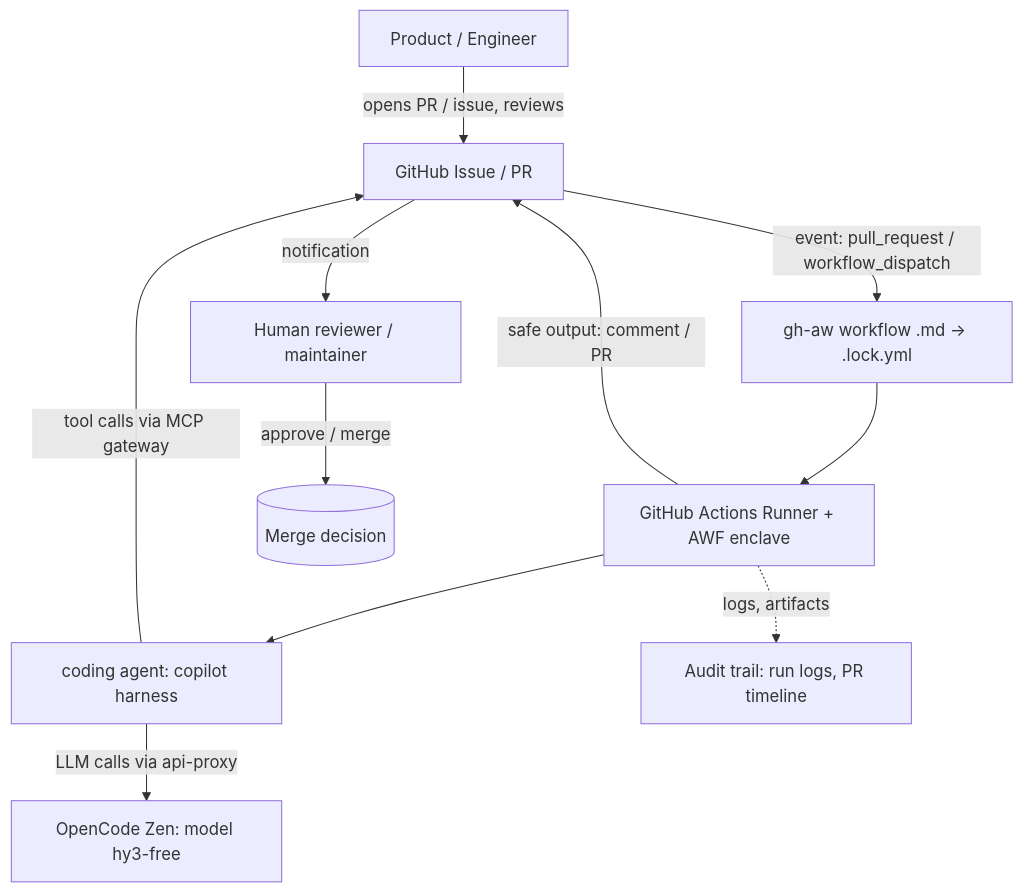
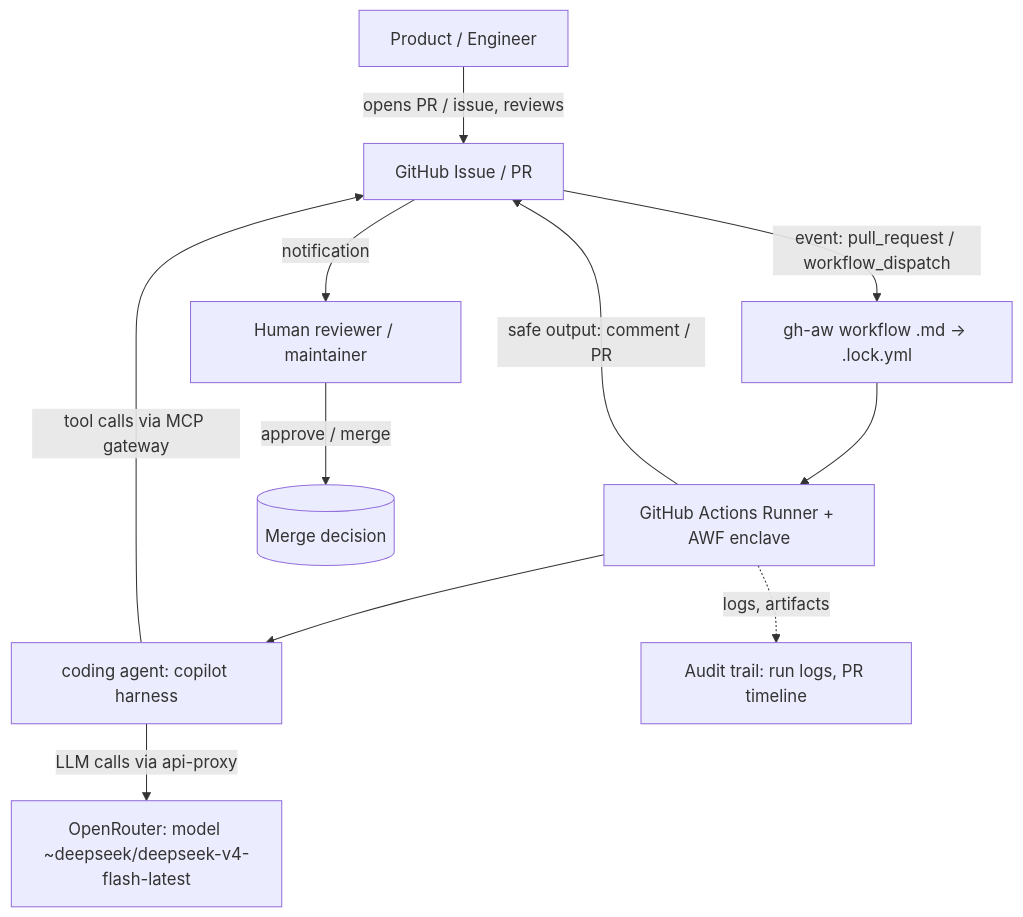
Before and after one commit to lorenzogirardi/fastapi-testapp: the first of 4 diagrams in docs/agentic-workflows/architecture.md, drawn with Mermaid. The commit also changed other lines of this file and 14 other files, not shown here.

First line of the commit message:
gh-aw: switch LLM provider from OpenCode Zen to OpenRouter

````diff
--- a/docs/agentic-workflows/architecture.md
+++ b/docs/agentic-workflows/architecture.md
@@ -49,13 +50,13 @@
 ```mermaid
 flowchart TB
   User[Product / Engineer] -->|opens PR / issue, reviews| GH[GitHub Issue / PR]
   GH -->|event: pull_request / workflow_dispatch| WF[gh-aw workflow .md -> .lock.yml]
   WF --> Runner[GitHub Actions Runner + AWF enclave]
   Runner --> Agent[coding agent: copilot harness]
-  Agent -->|LLM calls via api-proxy| Zen[OpenCode Zen: model hy3-free]
+  Agent -->|LLM calls via api-proxy| OpenRouter[OpenRouter: model ~deepseek/deepseek-v4-flash-latest]
   Agent -->|tool calls via MCP gateway| GH
   Runner -->|safe output: comment / PR| GH
   GH -->|notification| Reviewer[Human reviewer / maintainer]
   Reviewer -->|approve / merge| Merge[(Merge decision)]
   Runner -.->|logs, artifacts| Audit[Audit trail: run logs, PR timeline]
 ```
````
